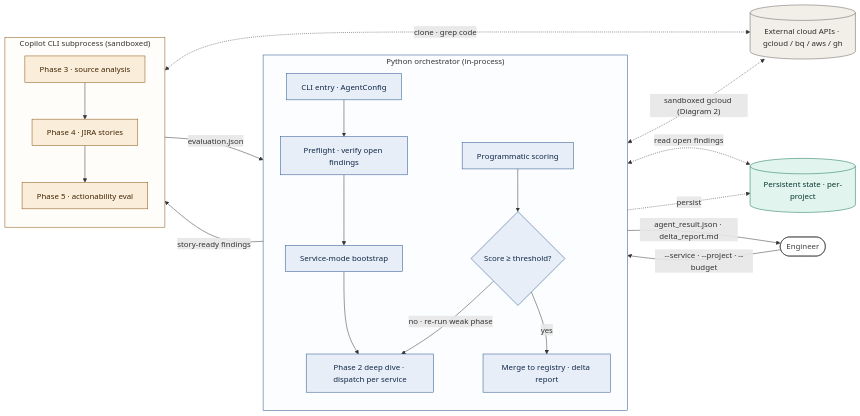
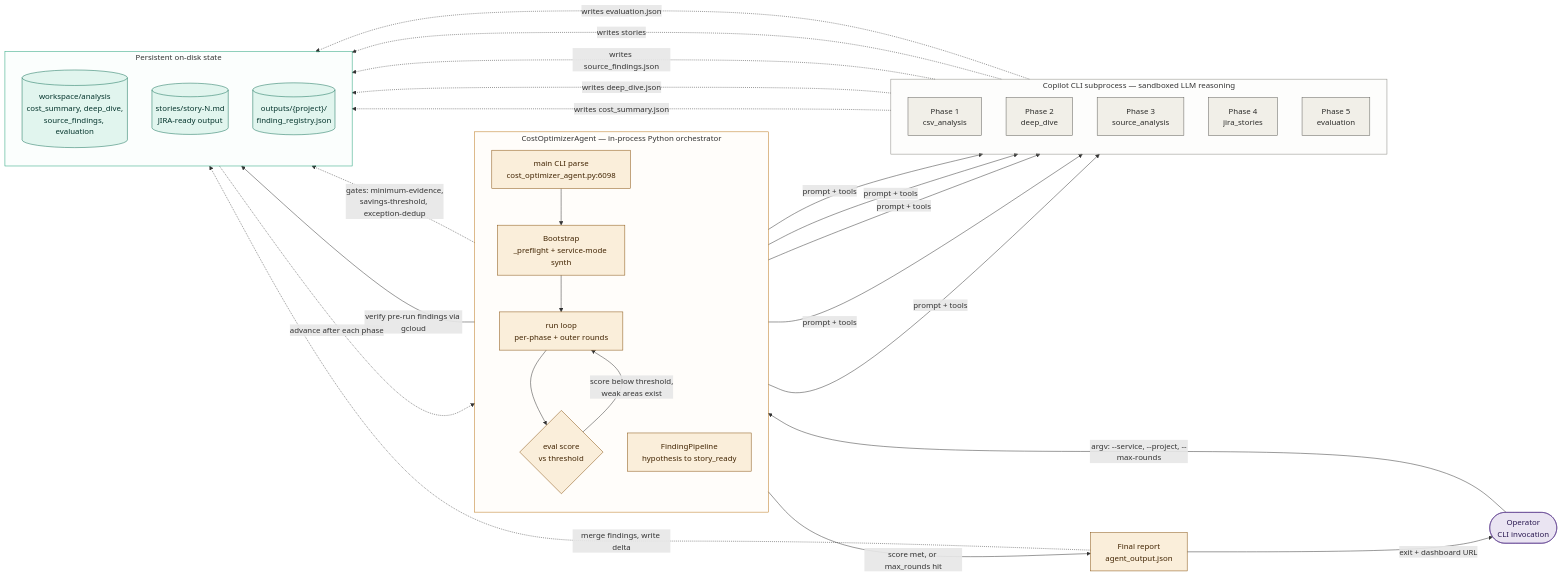
The first of 4 diagrams in examples/real-repos/autoresearch.md (jyouturner/explain-the-repo), drawn with Mermaid before and after one commit. The commit also changed other lines of this file and 2 other files, not shown here.

````diff
--- a/examples/real-repos/autoresearch.md
+++ b/examples/real-repos/autoresearch.md
@@ -41,57 +24,66 @@
 ```mermaid
 flowchart LR
-  user([Engineer])
+  user([Operator<br/>CLI invocation])
 
-  subgraph ORCH [" Python orchestrator (in-process) "]
+  subgraph AGENT [" CostOptimizerAgent — in-process Python orchestrator "]
     direction TB
-    cli[CLI entry · AgentConfig]
-    pre[Preflight · verify open findings]
-    boot[Service-mode bootstrap]
-    p2[Phase 2 deep dive · dispatch per service]
-    score[Programmatic scoring]
-    refine{Score ≥ threshold?}
-    merge[Merge to registry · delta report]
+    cli[main CLI parse<br/>cost_optimizer_agent.py:6098]
+    boot[Bootstrap<br/>_preflight + service-mode synth]
+    rphase[run loop<br/>per-phase + outer rounds]
+    pipe[FindingPipeline<br/>hypothesis to story_ready]
+    eval_check{eval score<br/>vs threshold}
   end
 
-  subgraph LLM [" Copilot CLI subprocess (sandboxed) "]
+  subgraph SUBPROC [" Copilot CLI subprocess — sandboxed LLM reasoning "]
     direction TB
-    p3[Phase 3 · source analysis]
-    p4[Phase 4 · JIRA stories]
-    p5[Phase 5 · actionability eval]
+    p1[Phase 1<br/>csv_analysis]
+    p2[Phase 2<br/>deep_dive]
+    p3[Phase 3<br/>source_analysis]
+    p4[Phase 4<br/>jira_stories]
+    p5[Phase 5<br/>evaluation]
   end
 
-  cloud[(External cloud APIs · gcloud / bq / aws / gh)]
-  state[(Persistent state · per-project)]
+  subgraph FS [" Persistent on-disk state "]
+    direction TB
+    ws[("workspace/analysis<br/>cost_summary, deep_dive,<br/>source_findings, evaluation")]
+    stories[("stories/story-N.md<br/>JIRA-ready output")]
+    reg[("outputs/{project}/<br/>finding_registry.json")]
+  end
 
-  user -->|"--service · --project · --budget"| cli
-  cli --> pre
-  pre <-.->|"read open findings"| state
-  pre --> boot
-  boot --> p2
-  p2 <-.->|"sandboxed gcloud (Diagram 2)"| cloud
-  p2 -->|"story-ready findings"| p3
-  p3 <-.->|"clone · grep code"| cloud
-  p3 --> p4
-  p4 --> p5
-  p5 -->|"evaluation.json"| score
-  score --> refine
-  refine -->|"no · re-run weak phase"| p2
-  refine -->|"yes"| merge
-  merge -.->|"persist"| state
-  merge -->|"agent_result.json · delta_report.md"| user
+  user -->|"argv: --service, --project, --max-rounds"| cli
+  cli --> boot
+  boot -->|"verify pre-run findings via gcloud"| reg
+  boot --> rphase
+  rphase -->|"prompt + tools"| p1
+  p1 -.->|"writes cost_summary.json"| ws
+  rphase -->|"prompt + tools"| p2
+  p2 -.->|"writes deep_dive.json"| ws
+  rphase -->|"prompt + tools"| p3
+  p3 -.->|"writes source_findings.json"| ws
+  rphase -->|"prompt + tools"| p4
+  p4 -.->|"writes stories"| stories
+  rphase -->|"prompt + tools"| p5
+  p5 -.->|"writes evaluation.json"| ws
+  ws -.->|"advance after each phase"| pipe
+  pipe -.->|"gates: minimum-evidence,<br/>savings-threshold, exception-dedup"| stories
+  rphase --> eval_check
+  eval_check -->|"score below threshold,<br/>weak areas exist"| rphase
+  eval_check -->|"score met, or max_rounds hit"| done[Final report<br/>agent_output.json]
+  done -.->|"merge findings, write delta"| reg
+  done -->|"exit + dashboard URL"| user
 
-  classDef orch  fill:#E8EEF7,stroke:#1F4E8C,color:#0E2747
-  classDef llm   fill:#FAEEDA,stroke:#854F0B,color:#412402
+  classDef agent fill:#FAEEDA,stroke:#854F0B,color:#412402
+  classDef subproc fill:#F1EFE8,stroke:#5F5E5A,color:#2C2C2A
   classDef store fill:#E1F5EE,stroke:#0F6E56,color:#04342C
-  classDef ext   fill:#F1EFE8,stroke:#5F5E5A,color:#2C2C2A
-  classDef actor fill:#FFFFFF,stroke:#3d3d3a,color:#3d3d3a
+  classDef ext fill:#EAE4F2,stroke:#5B3A8C,color:#2A1850
 
-  class cli,pre,boot,p2,score,refine,merge orch
-  class p3,p4,p5 llm
-  class cloud ext
-  class state store
-  class user actor
+  class cli,boot,rphase,pipe,done agent
+  class p1,p2,p3,p4,p5 subproc
+  class ws,stories,reg store
+  class user ext
+  class eval_check agent
 
-  style ORCH fill:#E8EEF722,stroke:#1F4E8C
-  style LLM  fill:#FAEEDA22,stroke:#854F0B
+  style AGENT fill:#FAEEDA22,stroke:#BA7517
+  style SUBPROC fill:#F1EFE822,stroke:#888780
+  style FS fill:#E1F5EE22,stroke:#1D9E75
 ```
````
